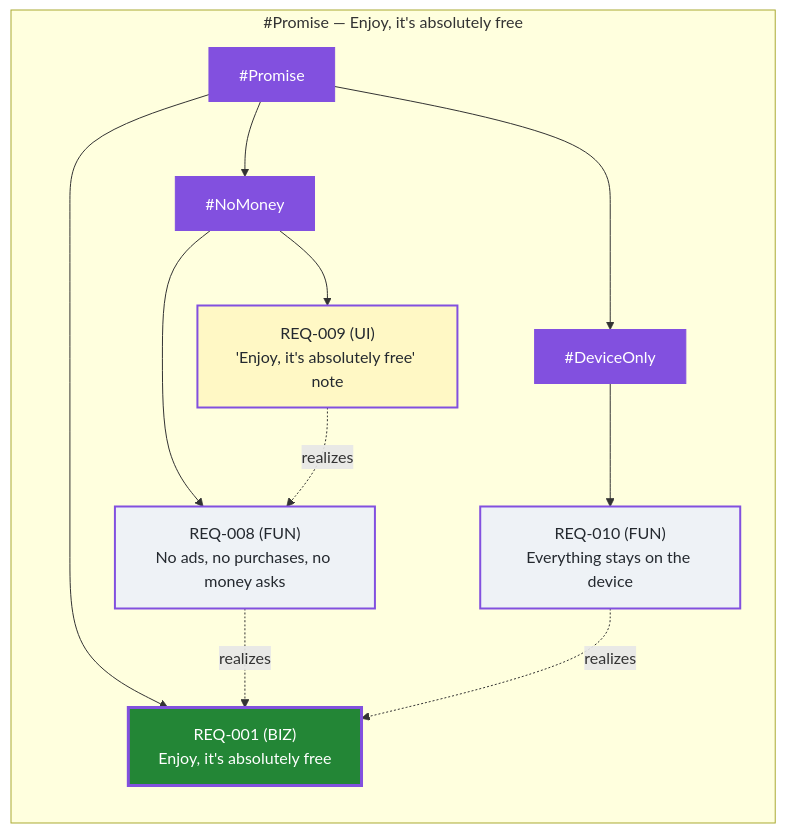
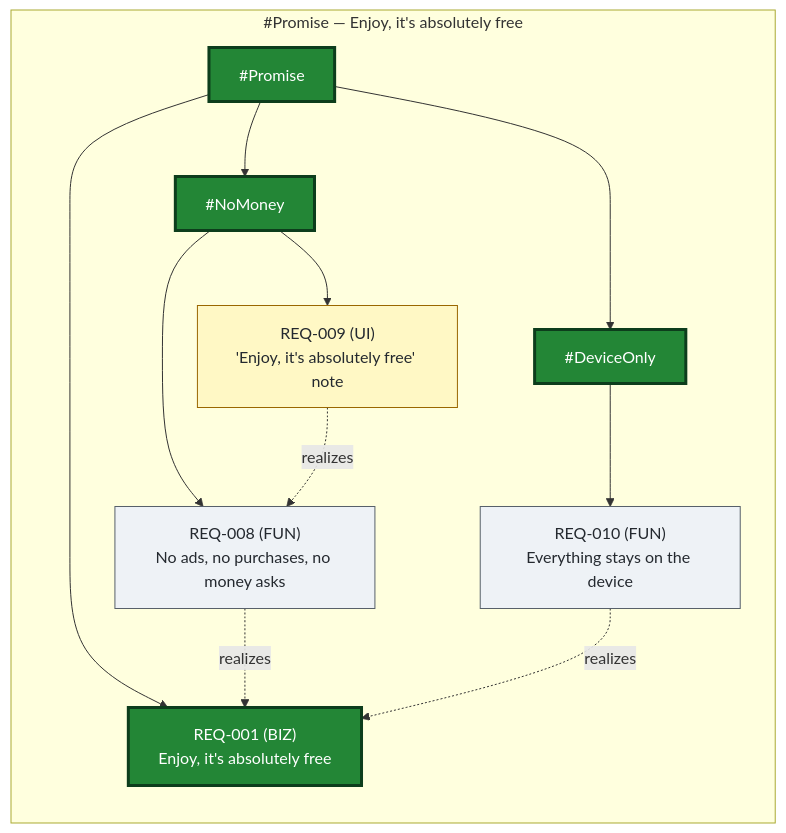
Before and after one commit to jamisuni/TangramNoAds: the diagram in Requirements/views/feature-map-Promise.md, drawn with Mermaid. The commit also changed 111 other files, not shown here.

````diff
--- a/Requirements/views/feature-map-Promise.md
+++ b/Requirements/views/feature-map-Promise.md
@@ -7,36 +7,36 @@
 ```mermaid
 flowchart LR
   subgraph sg_Promise ["#Promise — Enjoy, it's absolutely free"]
-    Promise["#Promise"]:::featAi
-    REQ-001["REQ-001 (BIZ)<br/>Enjoy, it's absolutely free"]:::bizAi
-    NoMoney["#NoMoney"]:::featAi
-    REQ-008["REQ-008 (FUN)<br/>No ads, no purchases, no money asks"]:::funAi
-    REQ-009["REQ-009 (UI)<br/>'Enjoy, it's absolutely free' note"]:::uiAi
-    DeviceOnly["#DeviceOnly"]:::featAi
-    REQ-010["REQ-010 (FUN)<br/>Everything stays on the device"]:::funAi
+    Promise["#Promise"]:::featLock
+    REQ-001["REQ-001 (BIZ)<br/>Enjoy, it's absolutely free"]:::biz
+    NoMoney["#NoMoney"]:::featLock
+    REQ-008["REQ-008 (FUN)<br/>No ads, no purchases, no money asks"]:::fun
+    REQ-009["REQ-009 (UI)<br/>'Enjoy, it's absolutely free' note"]:::ui
+    DeviceOnly["#DeviceOnly"]:::featLock
+    REQ-010["REQ-010 (FUN)<br/>Everything stays on the device"]:::fun
   end
   Promise --> REQ-001
   Promise --> NoMoney
   NoMoney --> REQ-008
   NoMoney --> REQ-009
   Promise --> DeviceOnly
   DeviceOnly --> REQ-010
   REQ-008 -.->|realizes| REQ-001
   REQ-009 -.->|realizes| REQ-008
   REQ-010 -.->|realizes| REQ-001
   classDef feat fill:#1f6feb,color:#fff,stroke:#1f6feb
   classDef featIdea fill:#dbe4f3,color:#24292f,stroke:#1f6feb,stroke-dasharray: 4 3
   classDef featSpec fill:#0d5c2f,color:#fff,stroke:#0d5c2f
   classDef featLock fill:#238636,color:#fff,stroke:#0d3d1c,stroke-width:3px
   classDef biz fill:#238636,color:#fff,stroke:#0d3d1c,stroke-width:3px
   classDef fun fill:#eef2f6,color:#24292f,stroke:#57606a
   classDef ui fill:#fff8c5,color:#24292f,stroke:#9a6700
   classDef bizInf fill:#238636,color:#fff,stroke:#cf222e,stroke-dasharray: 5 5
   classDef funInf fill:#eef2f6,color:#24292f,stroke:#cf222e,stroke-dasharray: 5 5
   classDef uiInf fill:#fff8c5,color:#24292f,stroke:#cf222e,stroke-dasharray: 5 5
   classDef withdrawn fill:#f6f8fa,color:#8c959f,stroke:#8c959f,stroke-dasharray: 2 2
   classDef featAi fill:#8250df,color:#fff,stroke:#8250df
   classDef bizAi fill:#238636,color:#fff,stroke:#8250df,stroke-width:3px
   classDef funAi fill:#eef2f6,color:#24292f,stroke:#8250df,stroke-width:2px
   classDef uiAi fill:#fff8c5,color:#24292f,stroke:#8250df,stroke-width:2px
 ```
````
